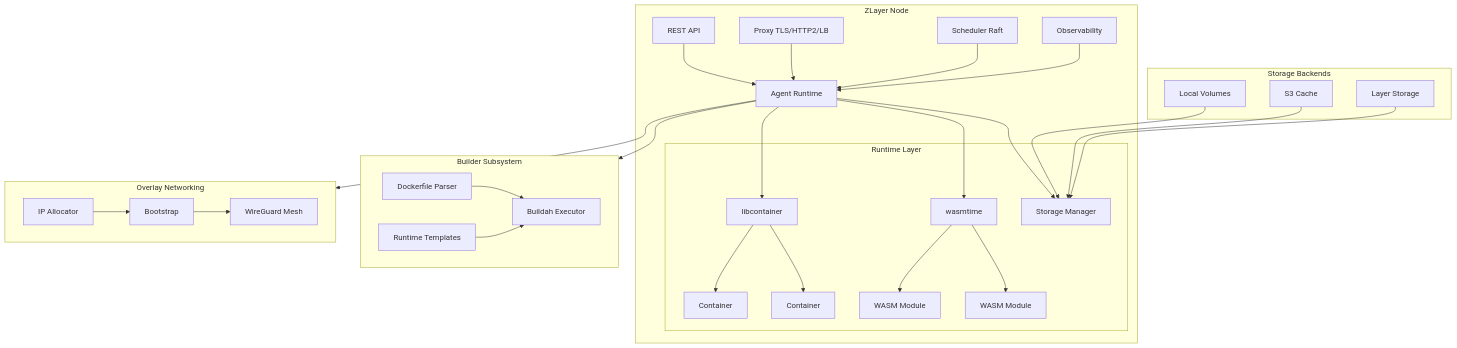
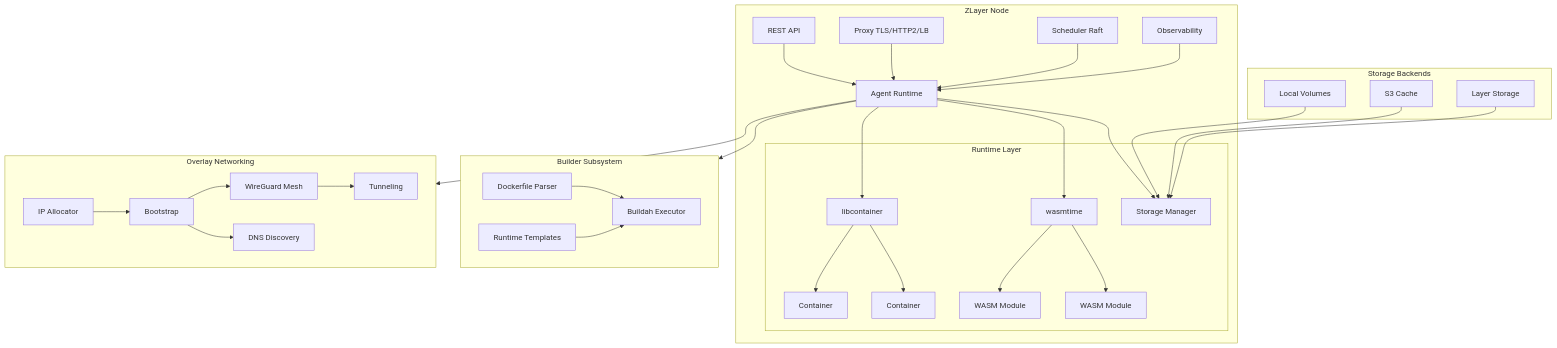
One commit to BlackLeafDigital/ZLayer changed the diagram in README.md. Above: the diagram before and after it, drawn with Mermaid. The commit also changed other lines of this file and 74 other files, not shown here.

````diff
--- a/README.md
+++ b/README.md
@@ -40,56 +40,60 @@
 ```mermaid
 graph TB
     subgraph Node[ZLayer Node]
         API[REST API]
         Proxy[Proxy TLS/HTTP2/LB]
         Agent[Agent Runtime]
         Scheduler[Scheduler Raft]
         Obs[Observability]
 
         API --> Agent
         Proxy --> Agent
         Scheduler --> Agent
         Obs --> Agent
 
         subgraph Runtime[Runtime Layer]
             LC[libcontainer]
             WT[wasmtime]
             SM[Storage Manager]
             LC --> C1[Container]
             LC --> C2[Container]
             WT --> W1[WASM Module]
             WT --> W2[WASM Module]
         end
 
         Agent --> LC
         Agent --> WT
         Agent --> SM
     end
 
     subgraph Builder[Builder Subsystem]
         DF[Dockerfile Parser]
         BA[Buildah Executor]
         RT[Runtime Templates]
         DF --> BA
         RT --> BA
     end
 
     subgraph Overlay[Overlay Networking]
         IP[IP Allocator]
         Boot[Bootstrap]
         WG[WireGuard Mesh]
+        DNS[DNS Discovery]
+        TUN[Tunneling]
         IP --> Boot --> WG
+        Boot --> DNS
+        WG --> TUN
     end
 
     subgraph Storage[Storage Backends]
         LV[Local Volumes]
         S3C[S3 Cache]
         LS[Layer Storage]
         LV --> SM
         S3C --> SM
         LS --> SM
     end
 
     Agent --> Builder
     Agent --> Overlay
 ```
````
